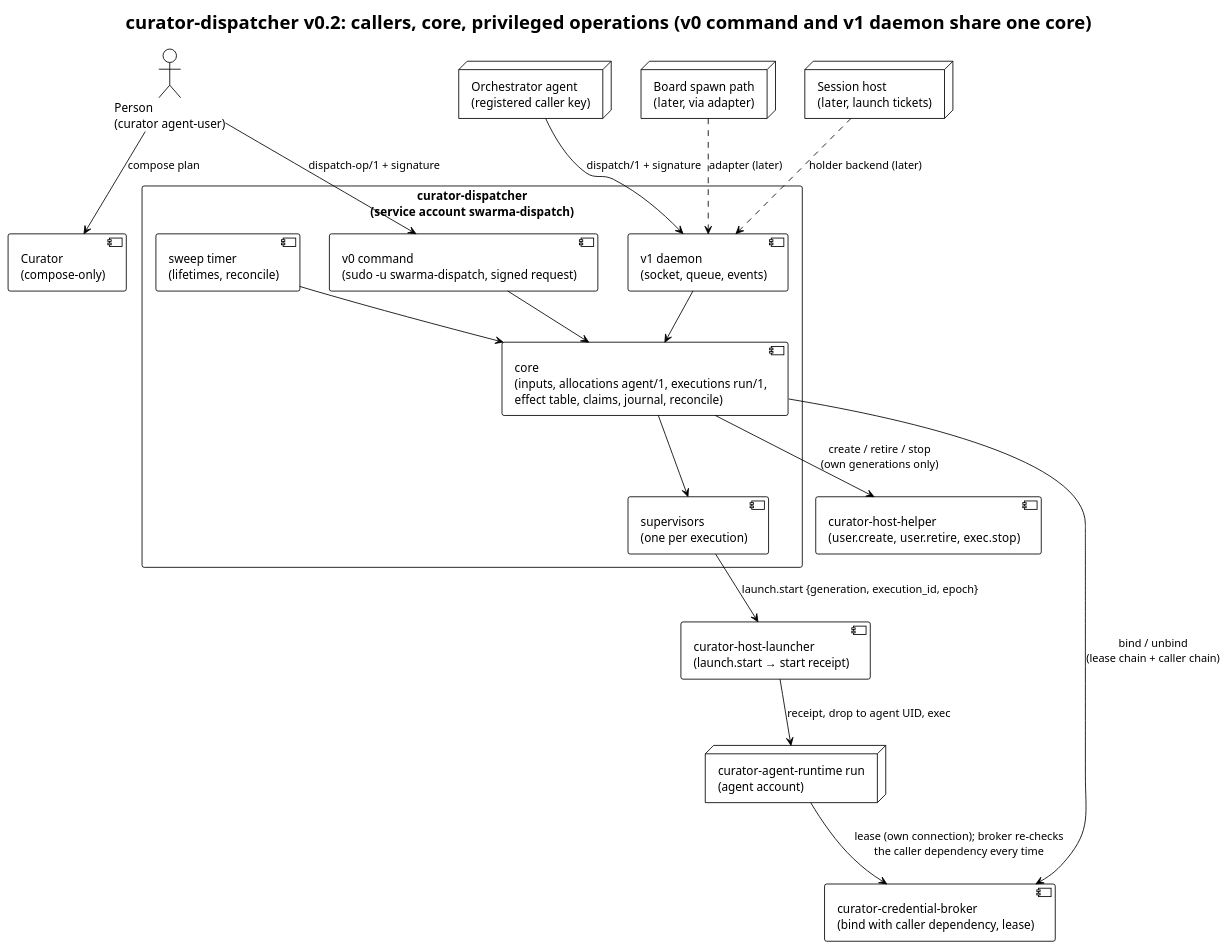
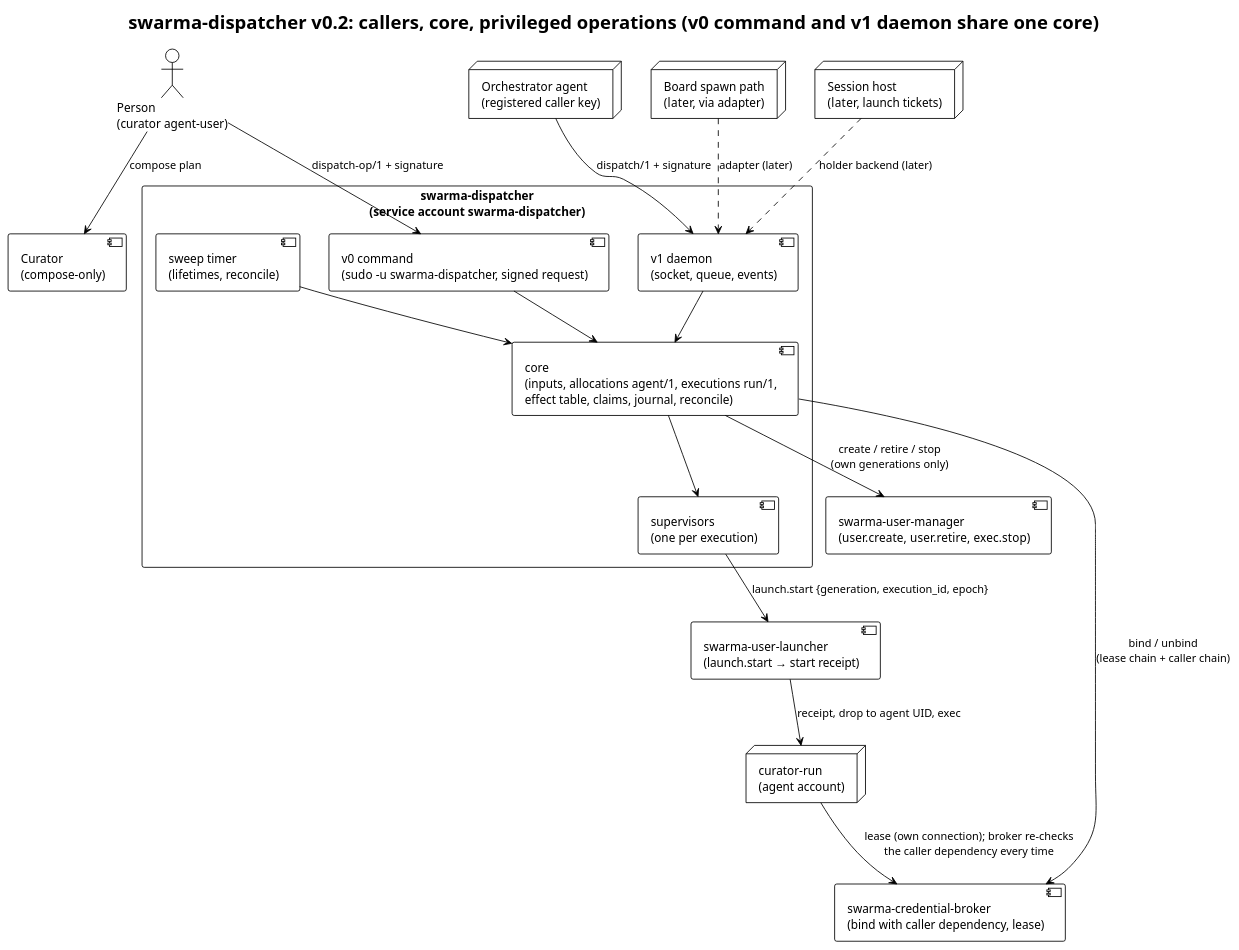
Before and after one commit to relux-works/curator-dispatcher: the diagram in diagrams/components.puml, drawn with PlantUML. The commit also changed 5 other files, not shown here.

```diff
--- a/diagrams/components.puml
+++ b/diagrams/components.puml
@@ -1,36 +1,36 @@
 @startuml components
 !theme plain
-title curator-dispatcher v0.2: callers, core, privileged operations (v0 command and v1 daemon share one core)
+title swarma-dispatcher v0.2: callers, core, privileged operations (v0 command and v1 daemon share one core)
 
 actor "Person\n(curator agent-user)" as P
 node "Orchestrator agent\n(registered caller key)" as O
 node "Board spawn path\n(later, via adapter)" as B
 node "Session host\n(later, launch tickets)" as SH
-rectangle "curator-dispatcher\n(service account swarma-dispatch)" as D {
+rectangle "swarma-dispatcher\n(service account swarma-dispatcher)" as D {
   component "core\n(inputs, allocations agent/1, executions run/1,\neffect table, claims, journal, reconcile)" as CORE
-  component "v0 command\n(sudo -u swarma-dispatch, signed request)" as CMD
+  component "v0 command\n(sudo -u swarma-dispatcher, signed request)" as CMD
   component "v1 daemon\n(socket, queue, events)" as DMN
   component "supervisors\n(one per execution)" as SUP
   component "sweep timer\n(lifetimes, reconcile)" as SW
 }
 component "Curator\n(compose-only)" as CUR
-component "curator-host-helper\n(user.create, user.retire, exec.stop)" as H
-component "curator-host-launcher\n(launch.start → start receipt)" as L
-component "curator-credential-broker\n(bind with caller dependency, lease)" as BR
-node "curator-agent-runtime run\n(agent account)" as E
+component "swarma-user-manager\n(user.create, user.retire, exec.stop)" as H
+component "swarma-user-launcher\n(launch.start → start receipt)" as L
+component "swarma-credential-broker\n(bind with caller dependency, lease)" as BR
+node "curator-run\n(agent account)" as E
 
 P --> CUR : compose plan
 P --> CMD : dispatch-op/1 + signature
 O --> DMN : dispatch/1 + signature
 B ..> DMN : adapter (later)
 SH ..> DMN : holder backend (later)
 CMD --> CORE
 DMN --> CORE
 SW --> CORE
 CORE --> H : create / retire / stop\n(own generations only)
 CORE --> BR : bind / unbind\n(lease chain + caller chain)
 CORE --> SUP
 SUP --> L : launch.start {generation, execution_id, epoch}
 L --> E : receipt, drop to agent UID, exec
 E --> BR : lease (own connection); broker re-checks\nthe caller dependency every time
 @enduml
```
